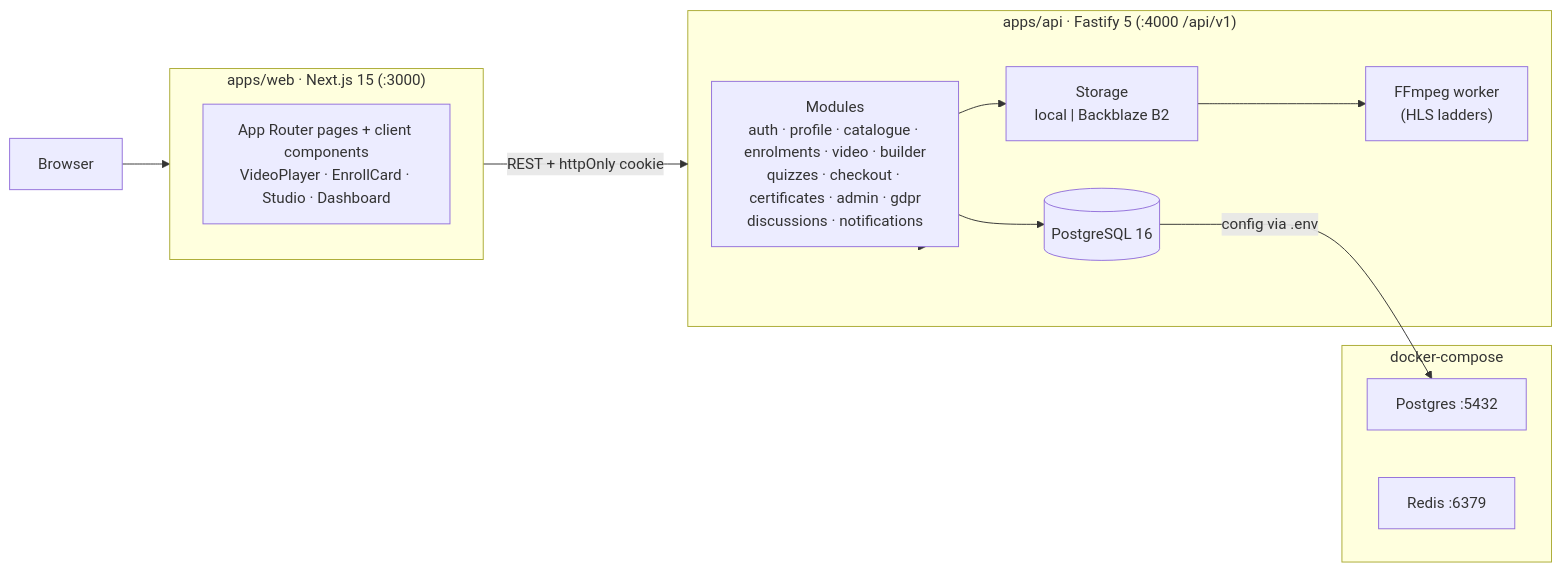
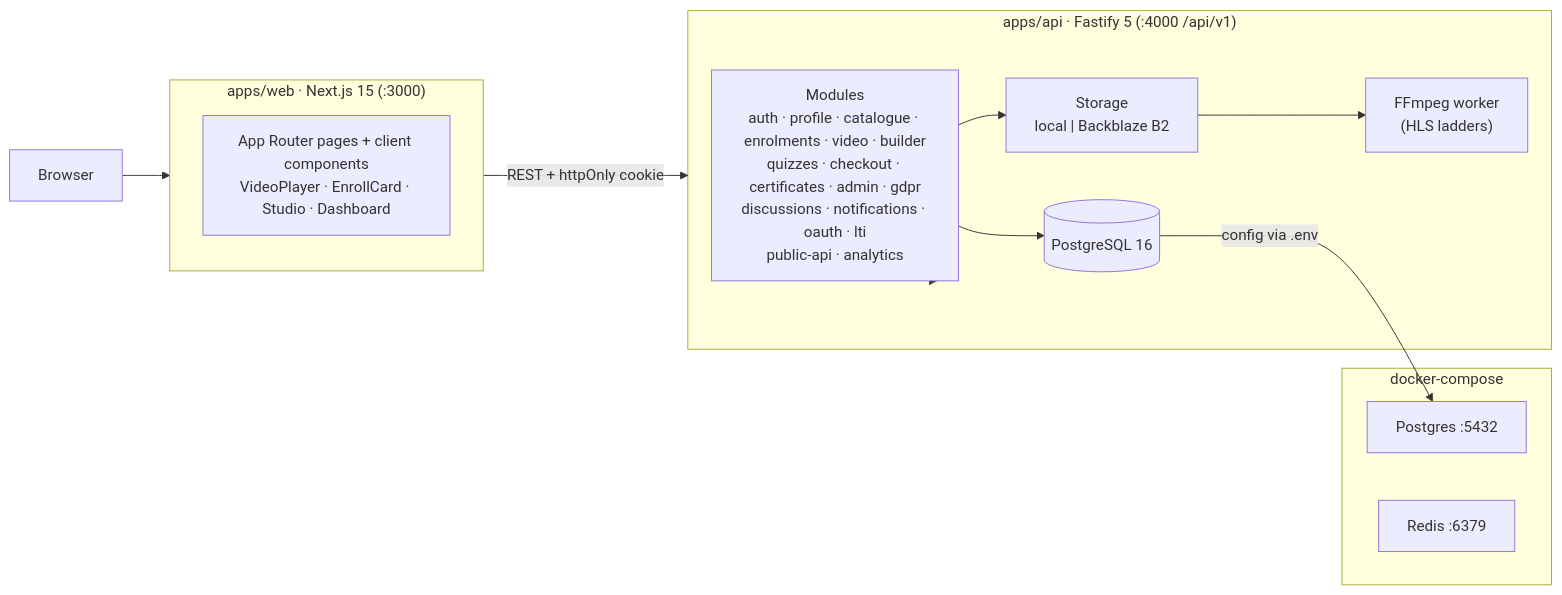
Before and after one commit to Godwin-88/laughing-waffle: the diagram in README.md, drawn with Mermaid. The commit also changed other lines of this file and 31 other files, not shown here.

Commit message:
feat(api,web,docs): add LTI 1.3 tool provider, OAuth public API, and learner analytics (US-8.1.1, US-8.1.2, US-9.1.1)

````diff
--- a/README.md
+++ b/README.md
@@ -10,19 +10,19 @@
 ```mermaid
 flowchart LR
     subgraph Web["apps/web · Next.js 15 (:3000)"]
         W["App Router pages + client components<br/>VideoPlayer · EnrollCard · Studio · Dashboard"]
     end
     subgraph API["apps/api · Fastify 5 (:4000 /api/v1)"]
-        M["Modules<br/>auth · profile · catalogue · enrolments · video · builder<br/>quizzes · checkout · certificates · admin · gdpr<br/>discussions · notifications"]
+        M["Modules<br/>auth · profile · catalogue · enrolments · video · builder<br/>quizzes · checkout · certificates · admin · gdpr<br/>discussions · notifications · oauth · lti<br/>public-api · analytics"]
         DB[("PostgreSQL 16")]
         S3["Storage<br/>local | Backblaze B2"]
         FF["FFmpeg worker<br/>(HLS ladders)"]
     end
     subgraph Infra["docker-compose"]
         PG["Postgres :5432"] & RD["Redis :6379"]
     end
     Browser --> Web -->|REST + httpOnly cookie| API
     API --> M --> DB
     M --> S3 --> FF
     DB -->|config via .env| PG
 ```
````
